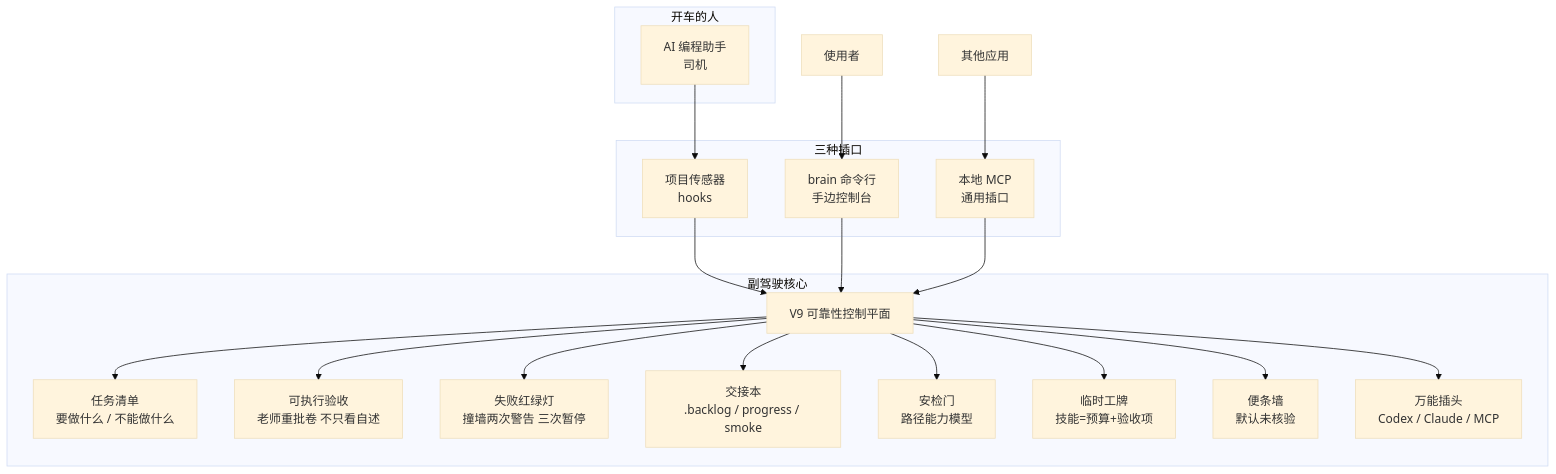
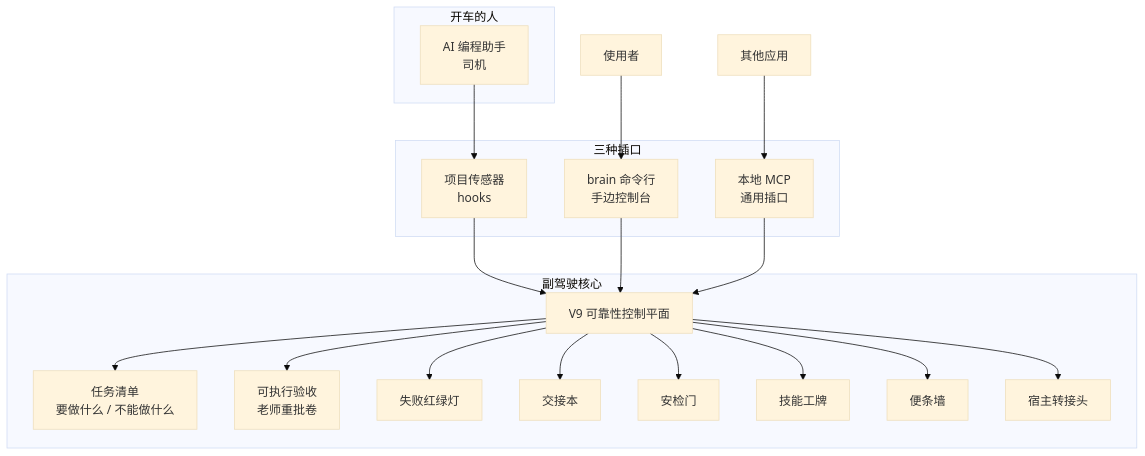
One commit to liuanye9-lab/codex-os-brain changed the first of 3 diagrams in README.md. Above: the diagram before and after it, drawn with Mermaid (base theme). The commit also changed other lines of this file, not shown here.

````diff
--- a/README.md
+++ b/README.md
@@ -20,36 +230,29 @@
 ```mermaid
 flowchart TB
   subgraph 开车的人
     Agent["AI 编程助手\n司机"]
   end
   subgraph 三种插口
     Hooks["项目传感器\nhooks"]
     CLI["brain 命令行\n手边控制台"]
     MCP["本地 MCP\n通用插口"]
   end
   subgraph 副驾驶核心
     Core["V9 可靠性控制平面"]
     Contract["任务清单\n要做什么 / 不能做什么"]
-    Verify["可执行验收\n老师重批卷 不只看自述"]
-    Circuit["失败红绿灯\n撞墙两次警告 三次暂停"]
-    Handoff["交接本\n.backlog / progress / smoke"]
-    Policy["安检门\n路径能力模型"]
-    Skills["临时工牌\n技能=预算+验收项"]
-    Memory["便条墙\n默认未核验"]
-    Hosts["万能插头\nCodex / Claude / MCP"]
+    Verify["可执行验收\n老师重批卷"]
+    Circuit["失败红绿灯"]
+    Handoff["交接本"]
+    Policy["安检门"]
+    Skills["技能工牌"]
+    Memory["便条墙"]
+    Hosts["宿主转接头"]
   end
   Agent --> Hooks
   Human["使用者"] --> CLI
   Client["其他应用"] --> MCP
   Hooks --> Core
   CLI --> Core
   MCP --> Core
-  Core --> Contract
-  Core --> Verify
-  Core --> Circuit
-  Core --> Handoff
-  Core --> Policy
-  Core --> Skills
-  Core --> Memory
-  Core --> Hosts
+  Core --> Contract & Verify & Circuit & Handoff & Policy & Skills & Memory & Hosts
 ```
````
